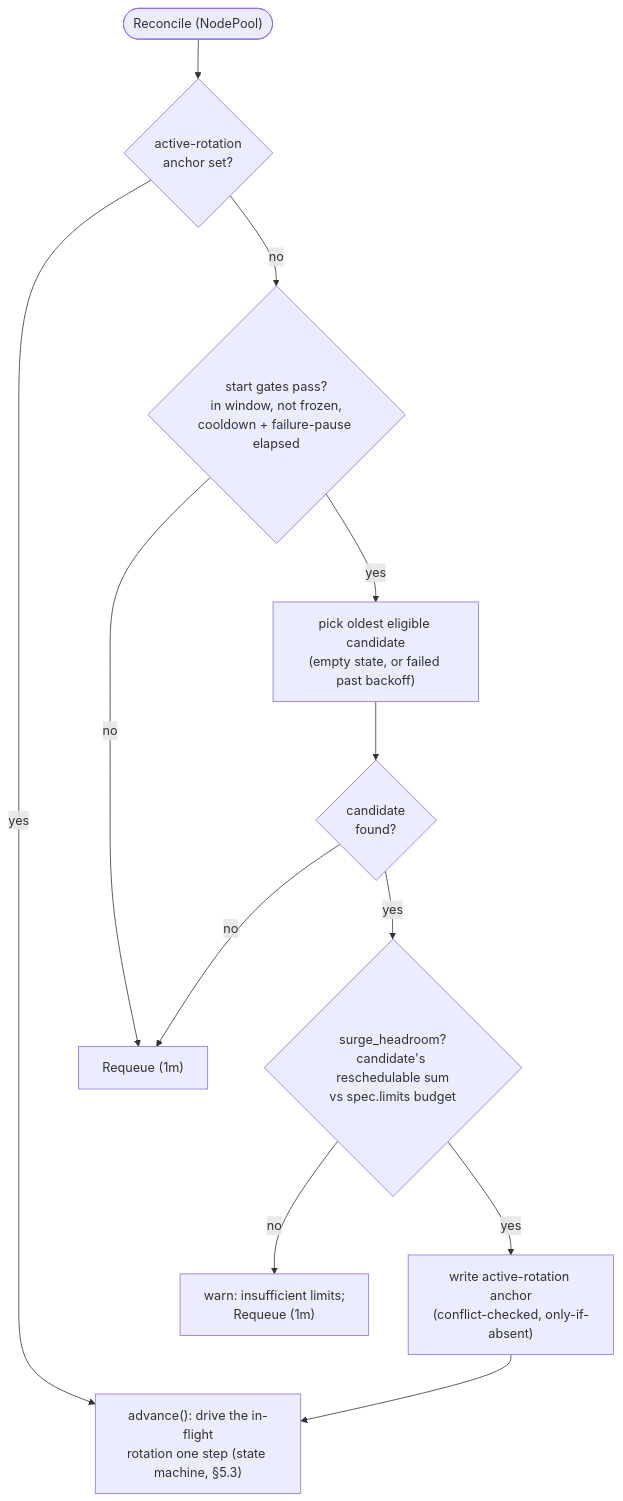
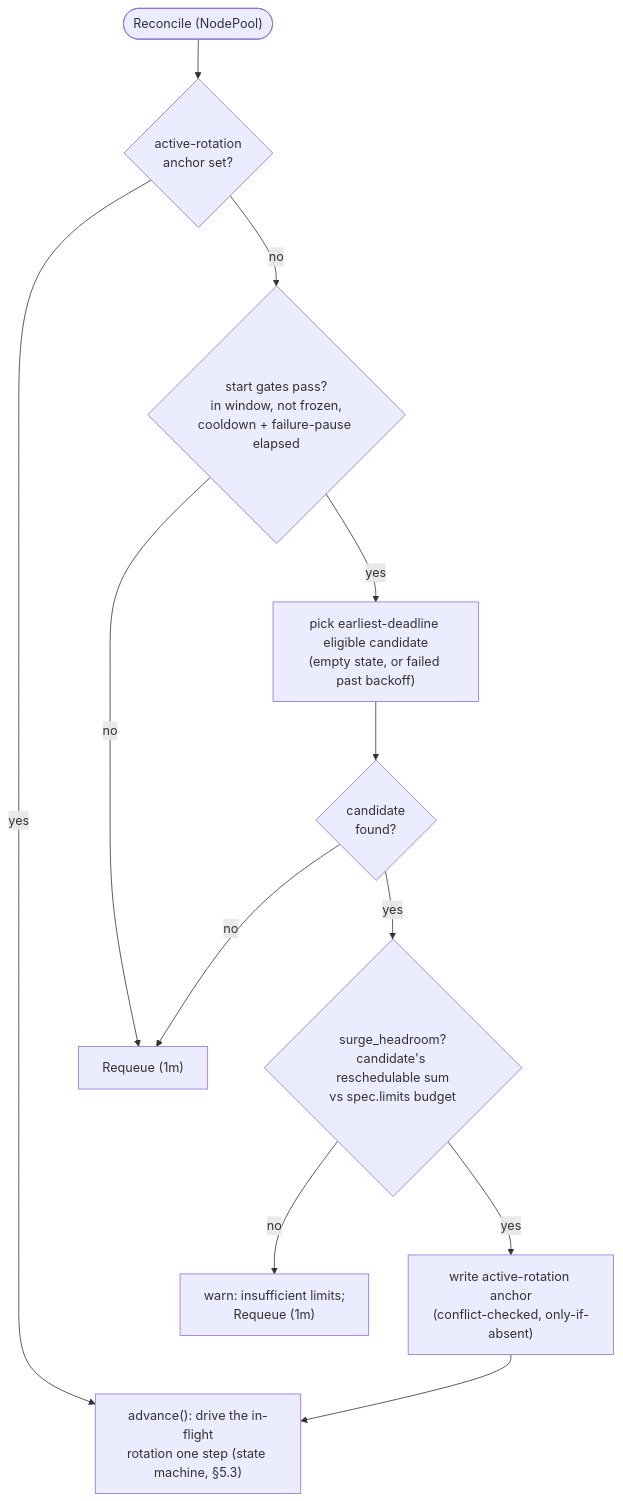
Before and after one commit to AkashiSN/node-rotation-controller: the fourth of 5 diagrams in docs/specification.md, drawn with Mermaid. The commit also changed other lines of this file and 4 other files, not shown here.

First line of the commit message:
feat(selection): order candidates by earliest deadline (#157) (#169)

````diff
--- a/docs/specification.md
+++ b/docs/specification.md
@@ -597,14 +597,14 @@
 ```mermaid
 flowchart TD
     entry(["Reconcile (NodePool)"]) --> q1{"active-rotation<br/>anchor set?"}
     q1 -->|yes| adv["advance(): drive the in-flight<br/>rotation one step (state machine, §5.3)"]
     q1 -->|no| q2{"start gates pass?<br/>in window, not frozen,<br/>cooldown + failure-pause elapsed"}
     q2 -->|no| rq["Requeue (1m)"]
-    q2 -->|yes| pick["pick oldest eligible candidate<br/>(empty state, or failed past backoff)"]
+    q2 -->|yes| pick["pick earliest-deadline eligible candidate<br/>(empty state, or failed past backoff)"]
     pick --> q3{"candidate<br/>found?"}
     q3 -->|no| rq
     q3 -->|yes| q4{"surge_headroom?<br/>candidate's reschedulable sum<br/>vs spec.limits budget"}
     q4 -->|no| warn["warn: insufficient limits;<br/>Requeue (1m)"]
     q4 -->|yes| anchor["write active-rotation anchor<br/>(conflict-checked, only-if-absent)"]
     anchor --> adv
 ```
````
